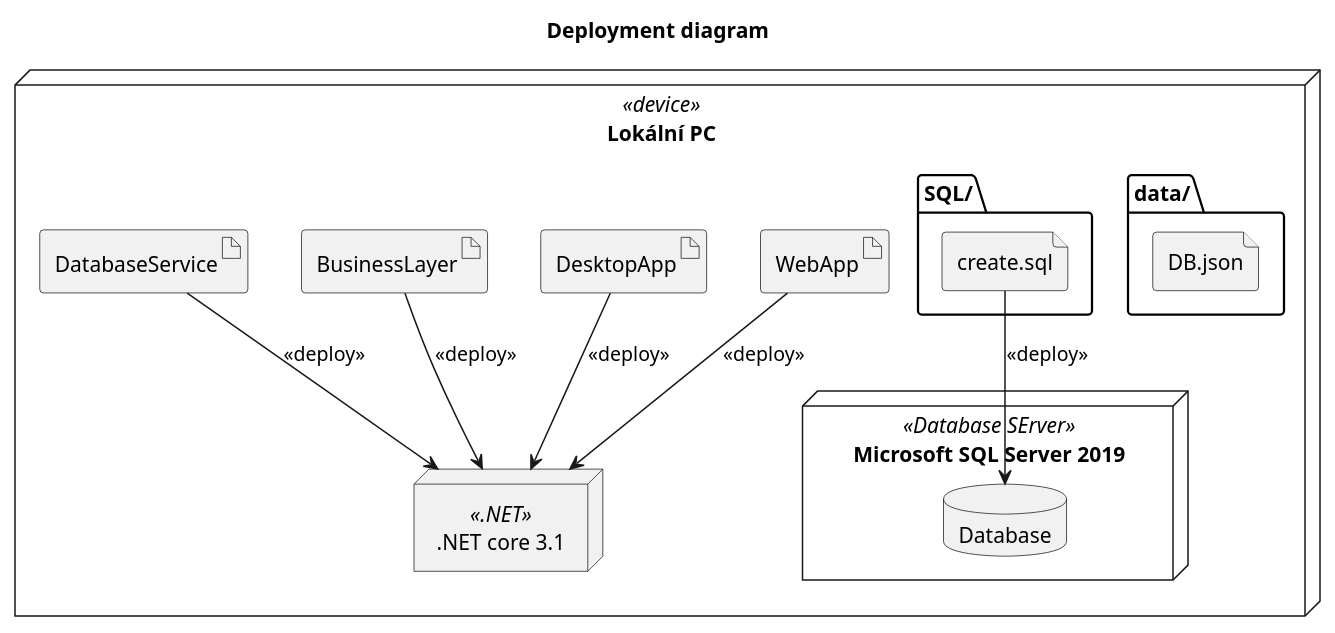
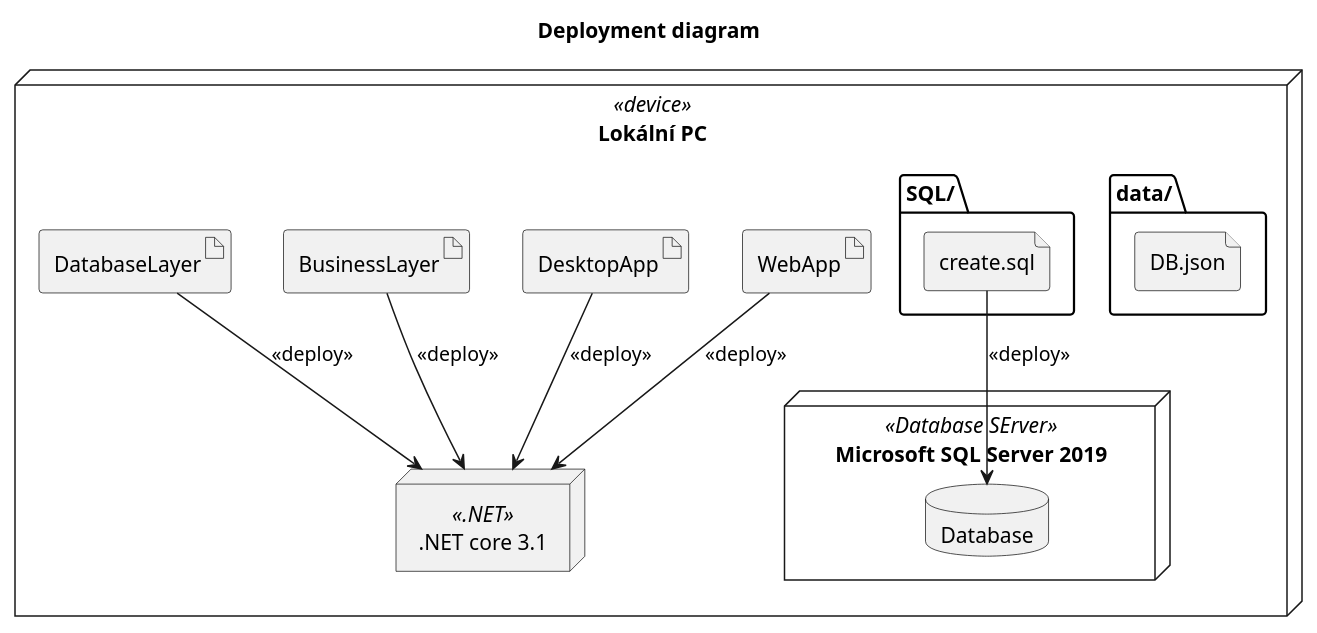
The diagram in DeploymentDiagram.puml (dminikm/EsportsIS), drawn with PlantUML before and after one commit. The commit also changed 6 other files, not shown here.

```diff
--- a/DeploymentDiagram.puml
+++ b/DeploymentDiagram.puml
@@ -1,31 +1,31 @@
 @startuml
 title Deployment diagram
 
 node "Lokální PC" <<device>> as PC {
     node ".NET core 3.1" <<.NET>> as DN
 
     node "Microsoft SQL Server 2019" <<Database SErver>> {
         database "Database" as DB
     }
 
     folder "data/" {
         file "DB.json" as JSONDB
     }
 
     folder "SQL/" {
         file "create.sql" as CRSQL
     }
 
     artifact "WebApp" as WA
     artifact "DesktopApp" as DA
     artifact "BusinessLayer" as BL
-    artifact "DatabaseService" as DBS
+    artifact "DatabaseLayer" as DBS
 
     WA --> DN : <<deploy>>
     DA --> DN : <<deploy>>
     BL --> DN : <<deploy>>
     DBS --> DN : <<deploy>>
 
     CRSQL --> DB : <<deploy>>
 }
 @enduml
```
